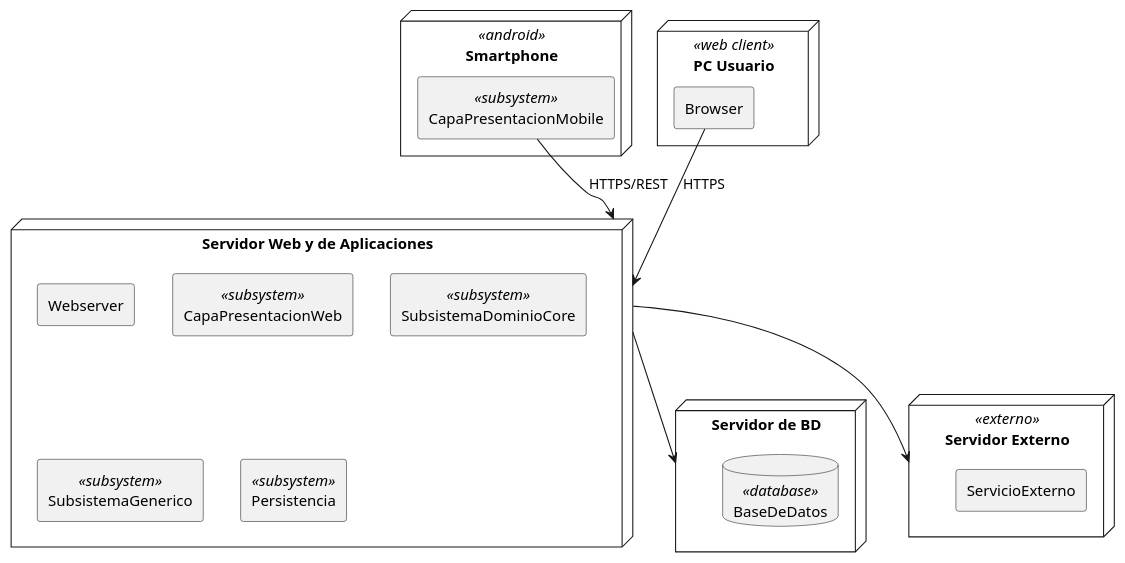
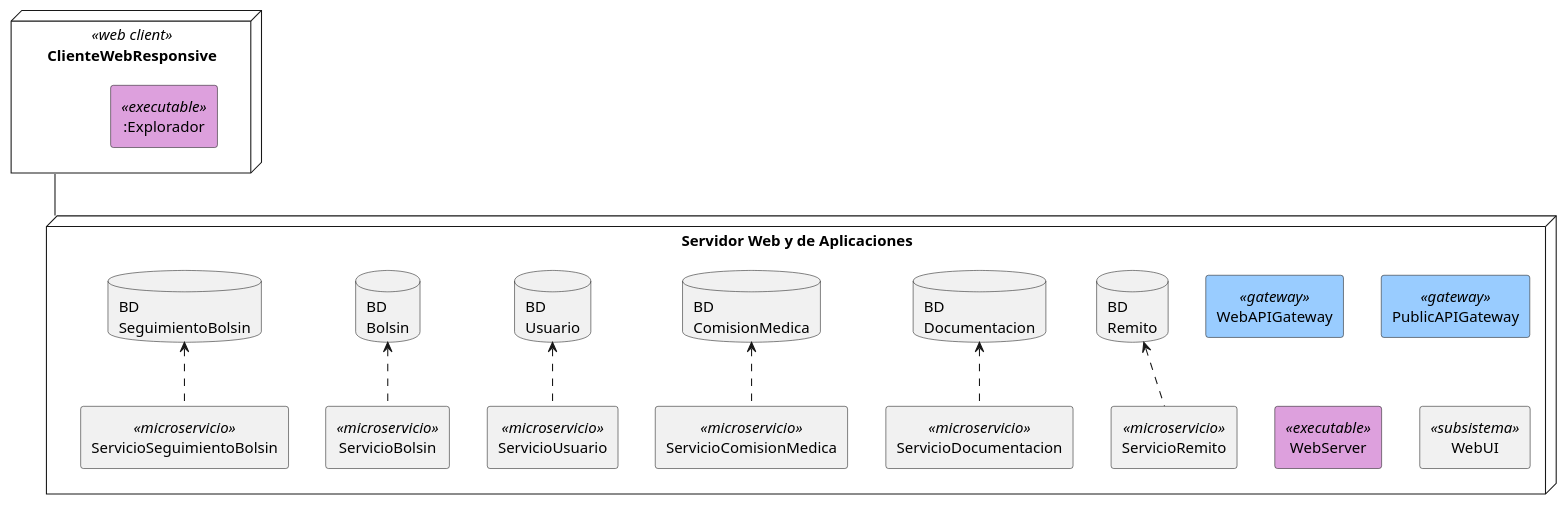
The diagram in vistasArquitectónicas/vistaDespliegue_Software.plantuml (FabrizioRava/PPAI-2026-Grupo1), drawn with PlantUML before and after one commit.

Commit message:
feat: Agregado vista de despliegue

```diff
--- a/vistasArquitectónicas/vistaDespliegue_Software.plantuml
+++ b/vistasArquitectónicas/vistaDespliegue_Software.plantuml
@@ -1,34 +1,46 @@
 @startuml VistaDespliegue_Software
 skinparam componentStyle rectangle
 
-node "Smartphone" <<android>> as And {
-  component "CapaPresentacionMobile" <<subsystem>> as PresMobileAnd
+skinparam component {
+      BackgroundColor<<gateway>> #99CCFF
+      BackgroundColor<<executable>> #dda0dd
 }
 
-node "PC Usuario" <<web client>> as PC {
-  component "Browser"
+node "ClienteWebResponsive" <<web client>> as ClienteWebResponsive {
+  component ":Explorador" <<executable>>
 }
 
 node "Servidor Web y de Aplicaciones" as SRV {
-  component "Webserver"
-  component "CapaPresentacionWeb"   <<subsystem>>
-  component "SubsistemaDominioCore" <<subsystem>>
-  component "SubsistemaGenerico"    <<subsystem>>
-  component "Persistencia"          <<subsystem>>
+  component "WebAPIGateway" <<gateway>> as WAG
+  component "PublicAPIGateway" <<gateway>> as PAG
+  component "WebServer" <<executable>> as WebServer
+  component "WebUI" <<subsistema>> as WebUI
+
+  database "BD\nSeguimientoBolsin" as BDSeguimientoBolsin
+  component "ServicioSeguimientoBolsin" <<microservicio>> as ServicioSeguimientoBolsin
+  
+  database "BD\nBolsin" as BDBolsin
+  component "ServicioBolsin" <<microservicio>> as ServicioBolsin
+
+  database "BD\nUsuario" as BDUsuario
+  component "ServicioUsuario" <<microservicio>> as ServicioUsuario 
+
+  database "BD\nComisionMedica" as BDComisionMedica 
+  component "ServicioComisionMedica" <<microservicio>> as ServicioComisionMedica
+  
+  database "BD\nDocumentacion" as BDDocumentacion
+  component "ServicioDocumentacion" <<microservicio>> as ServicioDocumentacion
+  
+  database "BD\nRemito" as BDRemito
+  component "ServicioRemito" <<microservicio>> as ServicioRemito
+
+  ServicioSeguimientoBolsin .u.> BDSeguimientoBolsin
+  ServicioBolsin .u.> BDBolsin
+  ServicioUsuario .u.> BDUsuario
+  ServicioComisionMedica .u.> BDComisionMedica  
+  ServicioDocumentacion .u.> BDDocumentacion
+  ServicioRemito .u.> BDRemito
 }
-
-node "Servidor de BD" as SRVBD {
-  database "BaseDeDatos" <<database>>
-}
-
-node "Servidor Externo" <<externo>> as EXT {
-  component "ServicioExterno" as SvcExt
-}
-
-PresMobileAnd --> SRV : HTTPS/REST
-Browser       --> SRV : HTTPS
-
-SRV --> SRVBD
-SRV --> EXT
+ClienteWebResponsive      -- SRV
 
 @enduml
```
